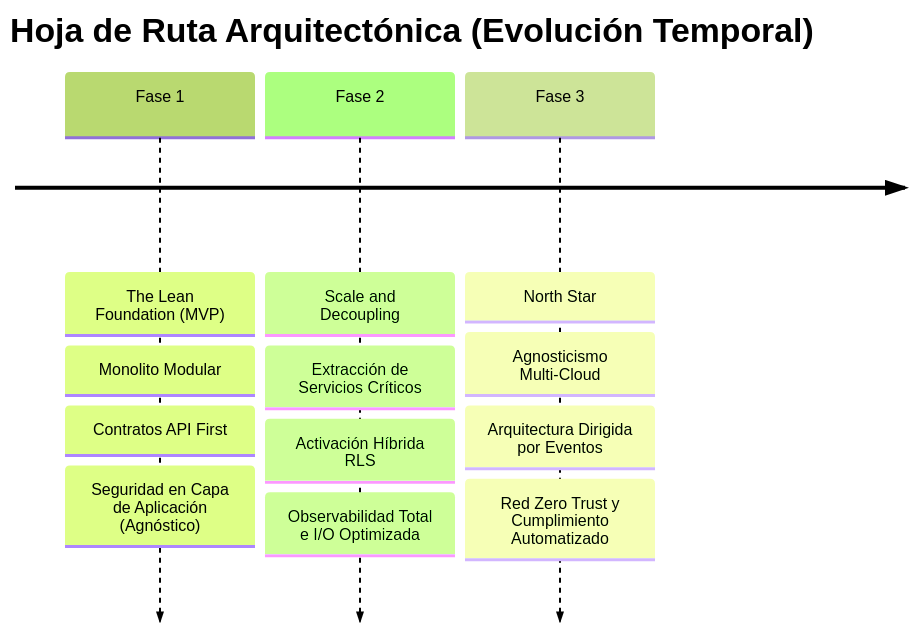
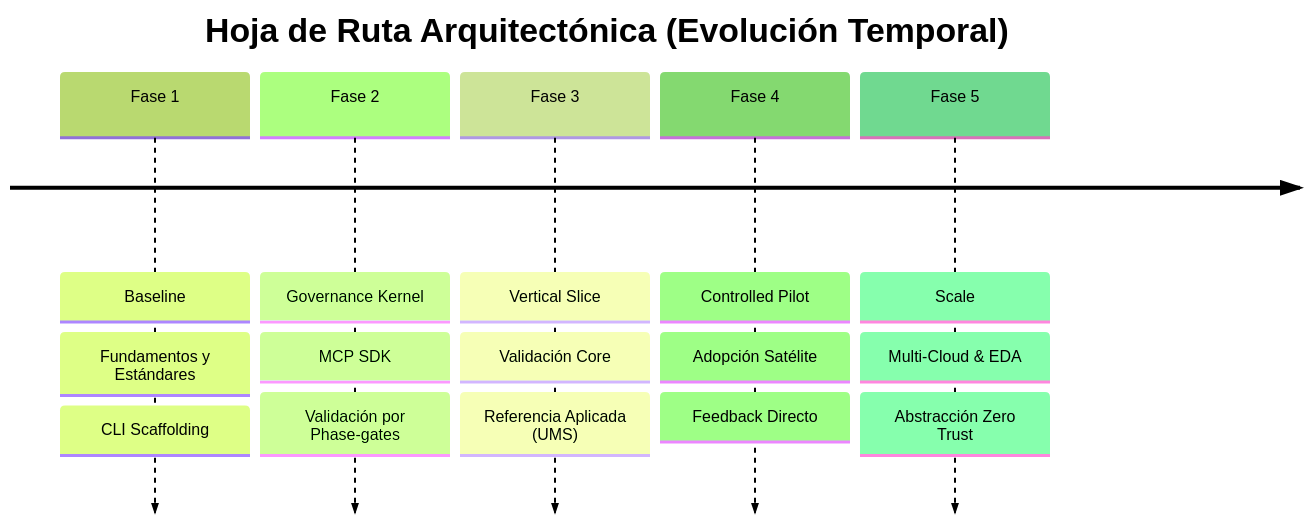
The diagram in reference/governance/standards/vision/evolutionary-strategy-roadmap.es.md (beyondnetcode/evolith_arch32), drawn with Mermaid (forest theme) before and after one commit. The commit also changed other lines of this file and 3 other files, not shown here.

First line of the commit message:
docs(strategy): reprioritize roadmap around governance proof (GT-34)

````diff
--- a/reference/governance/standards/vision/evolutionary-strategy-roadmap.es.md
+++ b/reference/governance/standards/vision/evolutionary-strategy-roadmap.es.md
@@ -22,7 +22,9 @@
 ```mermaid
 timeline
  title Hoja de Ruta Arquitectónica (Evolución Temporal)
- Fase 1 : The Lean Foundation (MVP) : Monolito Modular : Contratos API First : Seguridad en Capa de Aplicación (Agnóstico)
- Fase 2 : Scale and Decoupling : Extracción de Servicios Críticos : Activación Híbrida RLS : Observabilidad Total e I/O Optimizada
- Fase 3 : North Star : Agnosticismo Multi-Cloud : Arquitectura Dirigida por Eventos : Red Zero Trust y Cumplimiento Automatizado
+ Fase 1 : Baseline : Fundamentos y Estándares : CLI Scaffolding
+ Fase 2 : Governance Kernel : MCP SDK : Validación por Phase-gates
+ Fase 3 : Vertical Slice : Validación Core : Referencia Aplicada (UMS)
+ Fase 4 : Controlled Pilot : Adopción Satélite : Feedback Directo
+ Fase 5 : Scale : Multi-Cloud & EDA : Abstracción Zero Trust
 ```
````
